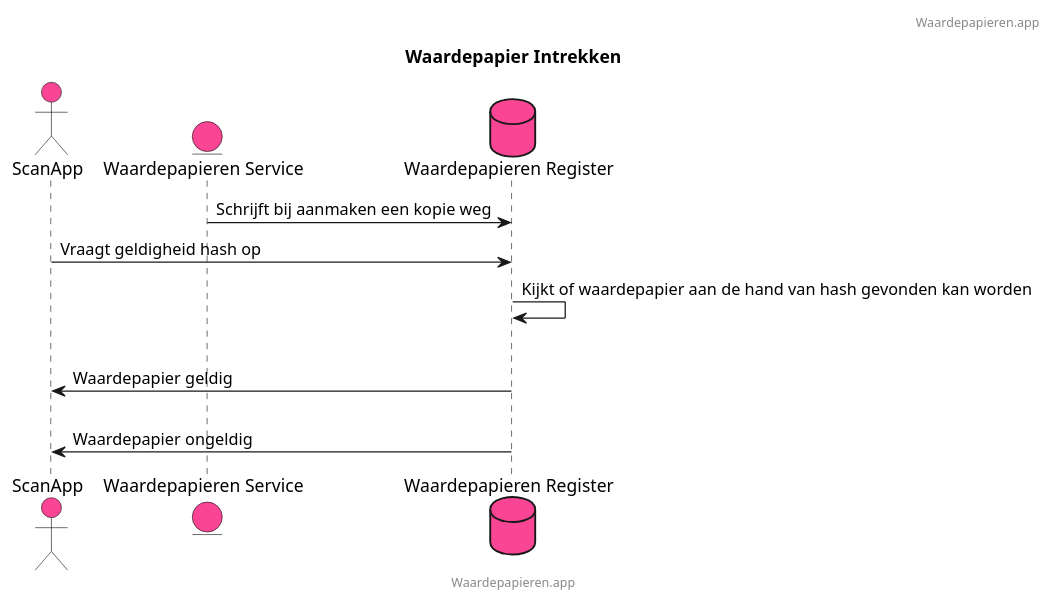
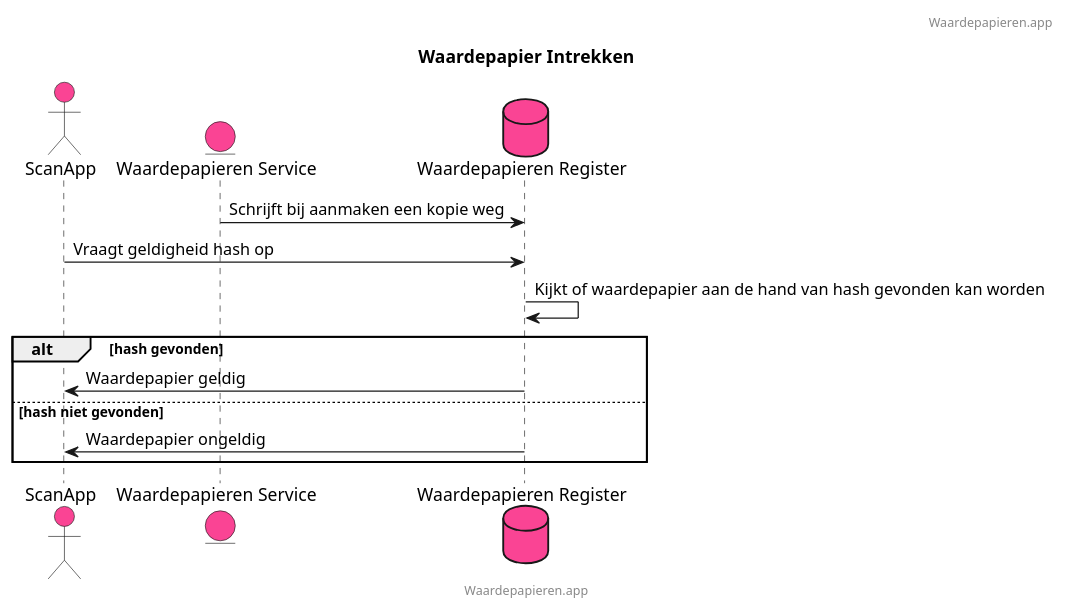
The diagram in docs/waardepapier_intrekken.puml (CommonGateway/WaardepapierenBundle), drawn with PlantUML before and after one commit.

Commit message:
Fix for alt in diagram

```diff
--- a/docs/waardepapier_intrekken.puml
+++ b/docs/waardepapier_intrekken.puml
@@ -1,19 +1,25 @@
 @startuml
 title: Waardepapier Intrekken
 footer: Waardepapieren.app
 header: Waardepapieren.app
 
 
 actor ScanApp #fa4494
 entity "Waardepapieren Service" as WPS #fa4494
 database "Waardepapieren Register" as WPR #fa4494
 
 WPS -> WPR: Schrijft bij aanmaken een kopie weg
 ScanApp -> WPR: Vraagt geldigheid hash op
 WPR -> WPR: Kijkt of waardepapier aan de hand van hash gevonden kan worden
+
 alt hash gevonden
-WPR -> ScanApp: Waardepapier geldig
+
+    WPR -> ScanApp: Waardepapier geldig
+
 else hash niet gevonden
-WPR -> ScanApp: Waardepapier ongeldig
+
+    WPR -> ScanApp: Waardepapier ongeldig
+
+end
 
 @enduml
```
